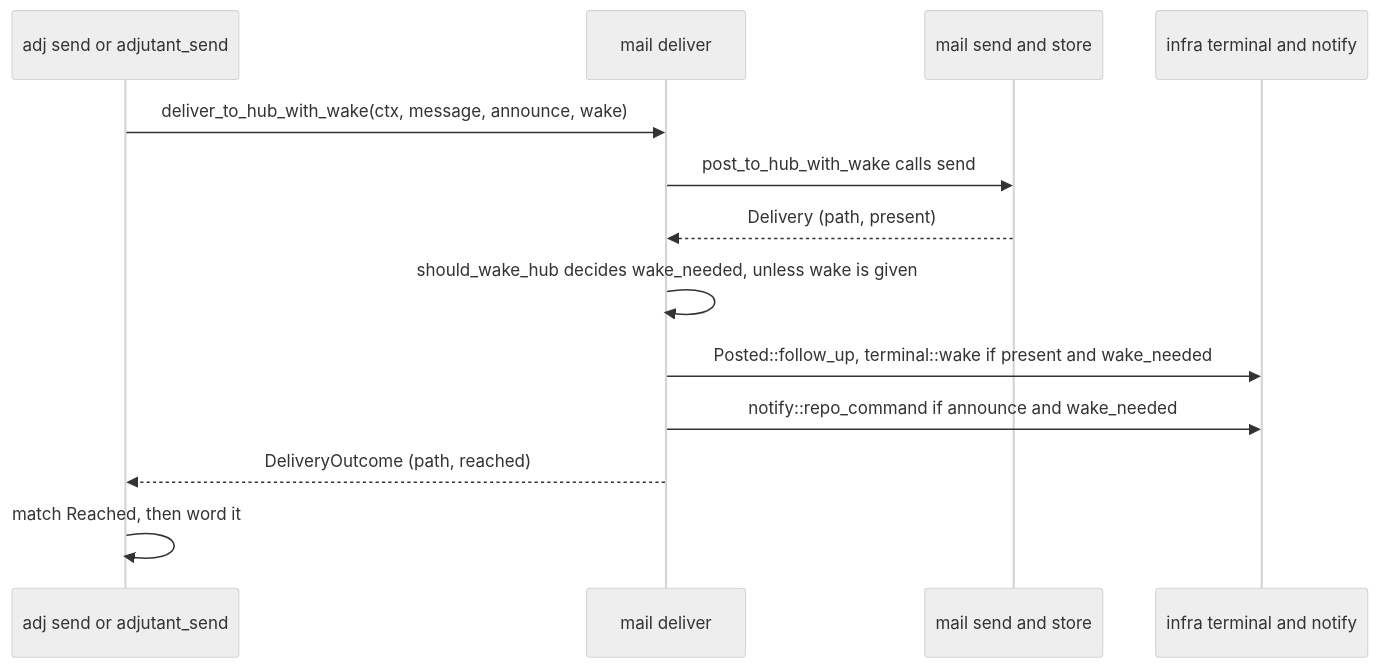
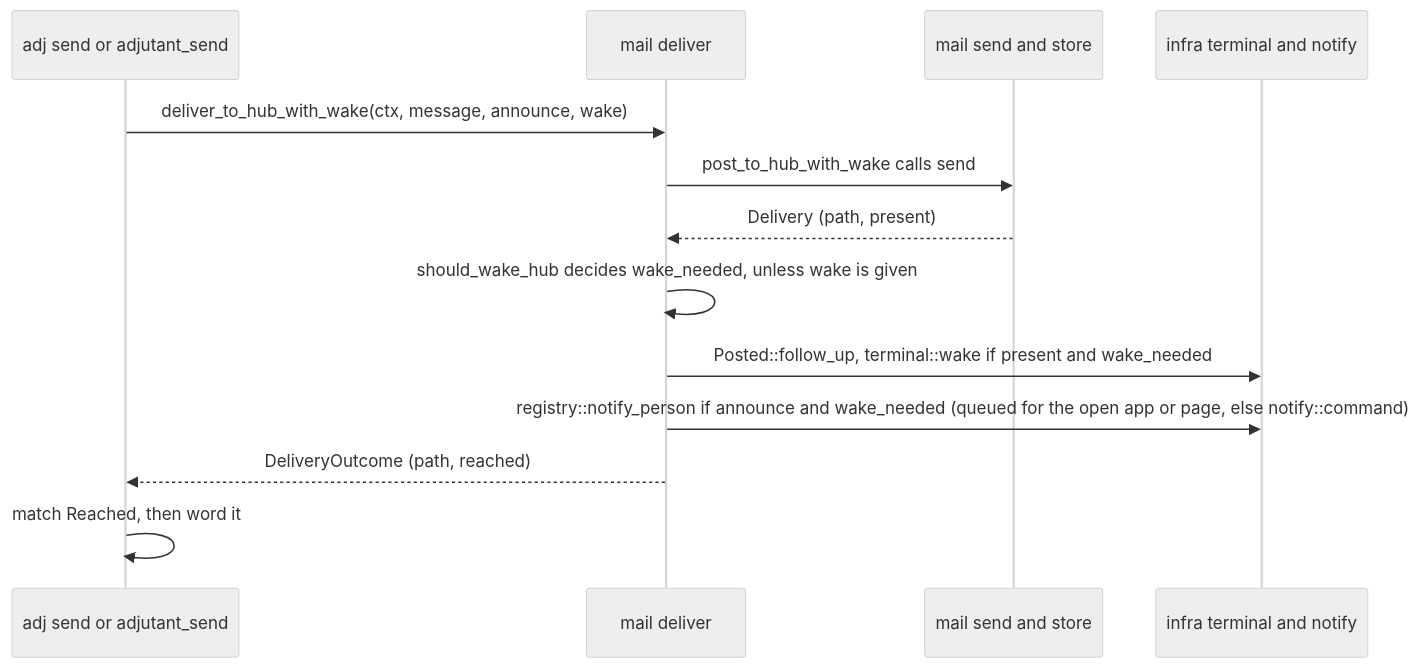
Before and after one commit to syarihu/agent-adjutant: the third of 3 diagrams in docs/architecture.md, drawn with Mermaid (neutral theme). The commit also changed other lines of this file and 32 other files, not shown here.

First line of the commit message:
Send a notification through the macOS app when it runs, the board page otherwise

````diff
--- a/docs/architecture.md
+++ b/docs/architecture.md
@@ -298,15 +300,15 @@
 ```mermaid
 sequenceDiagram
     participant Caller as adj send or adjutant_send
     participant Deliver as mail deliver
     participant Store as mail send and store
     participant Term as infra terminal and notify
     Caller->>Deliver: deliver_to_hub_with_wake(ctx, message, announce, wake)
     Deliver->>Store: post_to_hub_with_wake calls send
     Store-->>Deliver: Delivery (path, present)
     Deliver->>Deliver: should_wake_hub decides wake_needed, unless wake is given
     Deliver->>Term: Posted::follow_up, terminal::wake if present and wake_needed
-    Deliver->>Term: notify::repo_command if announce and wake_needed
+    Deliver->>Term: registry::notify_person if announce and wake_needed (queued for the open app or page, else notify::command)
     Deliver-->>Caller: DeliveryOutcome (path, reached)
     Caller->>Caller: match Reached, then word it
 ```
````
